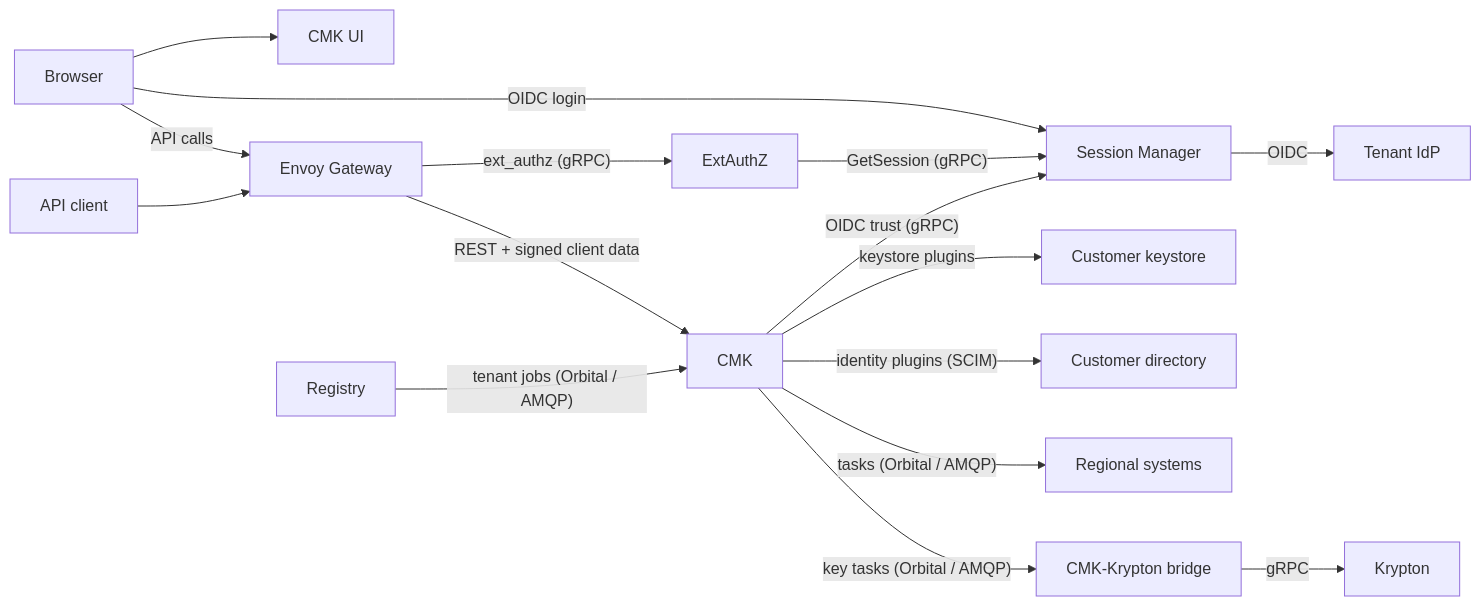
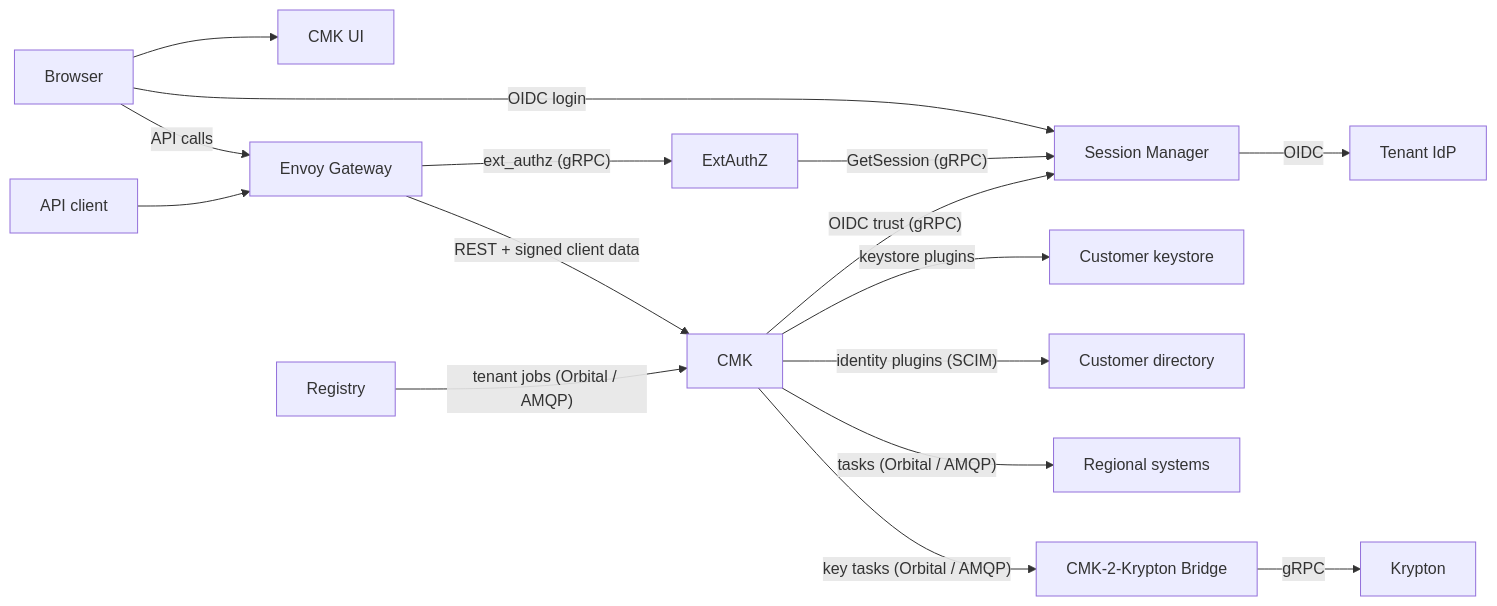
The diagram in docs/components/cmk/index.md (openkcm/openkcm.github.io), drawn with Mermaid before and after one commit. The commit also changed other lines of this file and 9 other files, not shown here.

````diff
--- a/docs/components/cmk/index.md
+++ b/docs/components/cmk/index.md
@@ -26,18 +26,18 @@
 ```mermaid
 flowchart LR
     Browser["Browser"] --> UI["CMK UI"]
     Browser -- "OIDC login" --> SM["Session Manager"]
     SM -- "OIDC" --> IdP["Tenant IdP"]
     Browser -- "API calls" --> Envoy["Envoy Gateway"]
     Client["API client"] --> Envoy
     Envoy -- "ext_authz (gRPC)" --> ExtAuthZ["ExtAuthZ"]
     ExtAuthZ -- "GetSession (gRPC)" --> SM
     Envoy -- "REST + signed client data" --> CMK["CMK"]
     CMK -- "keystore plugins" --> KMS["Customer keystore"]
     CMK -- "identity plugins (SCIM)" --> Dir["Customer directory"]
     CMK -- "OIDC trust (gRPC)" --> SM
     Registry["Registry"] -- "tenant jobs (Orbital / AMQP)" --> CMK
     CMK -- "tasks (Orbital / AMQP)" --> Systems["Regional systems"]
-    CMK -- "key tasks (Orbital / AMQP)" --> Bridge["CMK-Krypton bridge"]
+    CMK -- "key tasks (Orbital / AMQP)" --> Bridge["CMK-2-Krypton Bridge"]
     Bridge -- "gRPC" --> Krypton["Krypton"]
 ```
````
